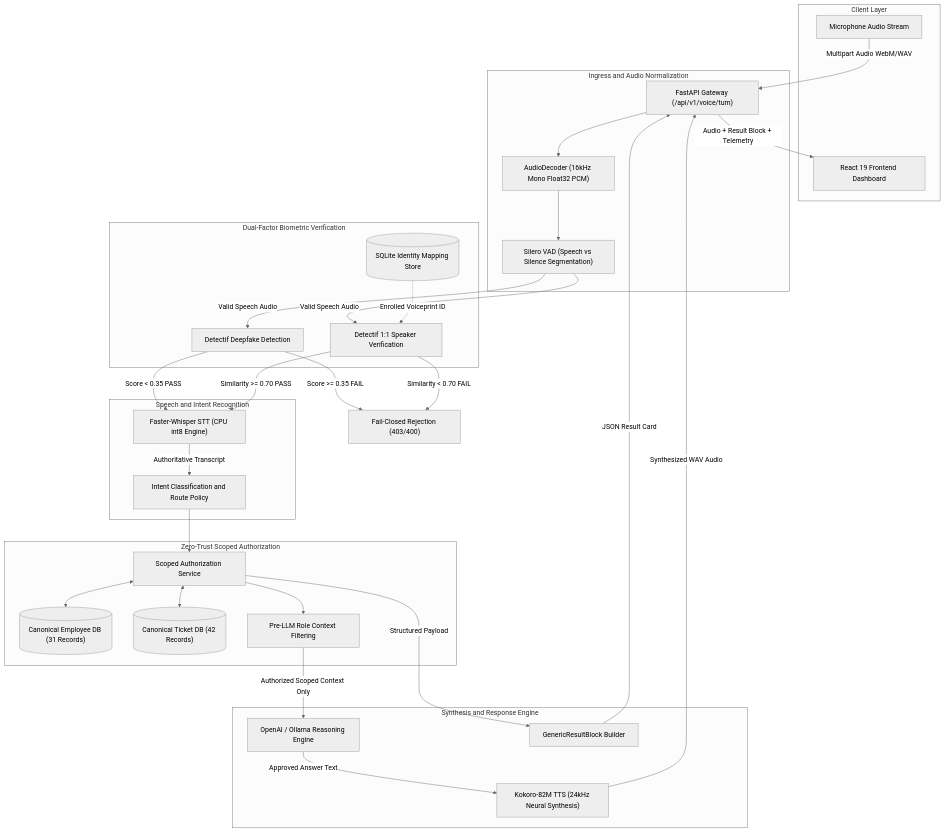
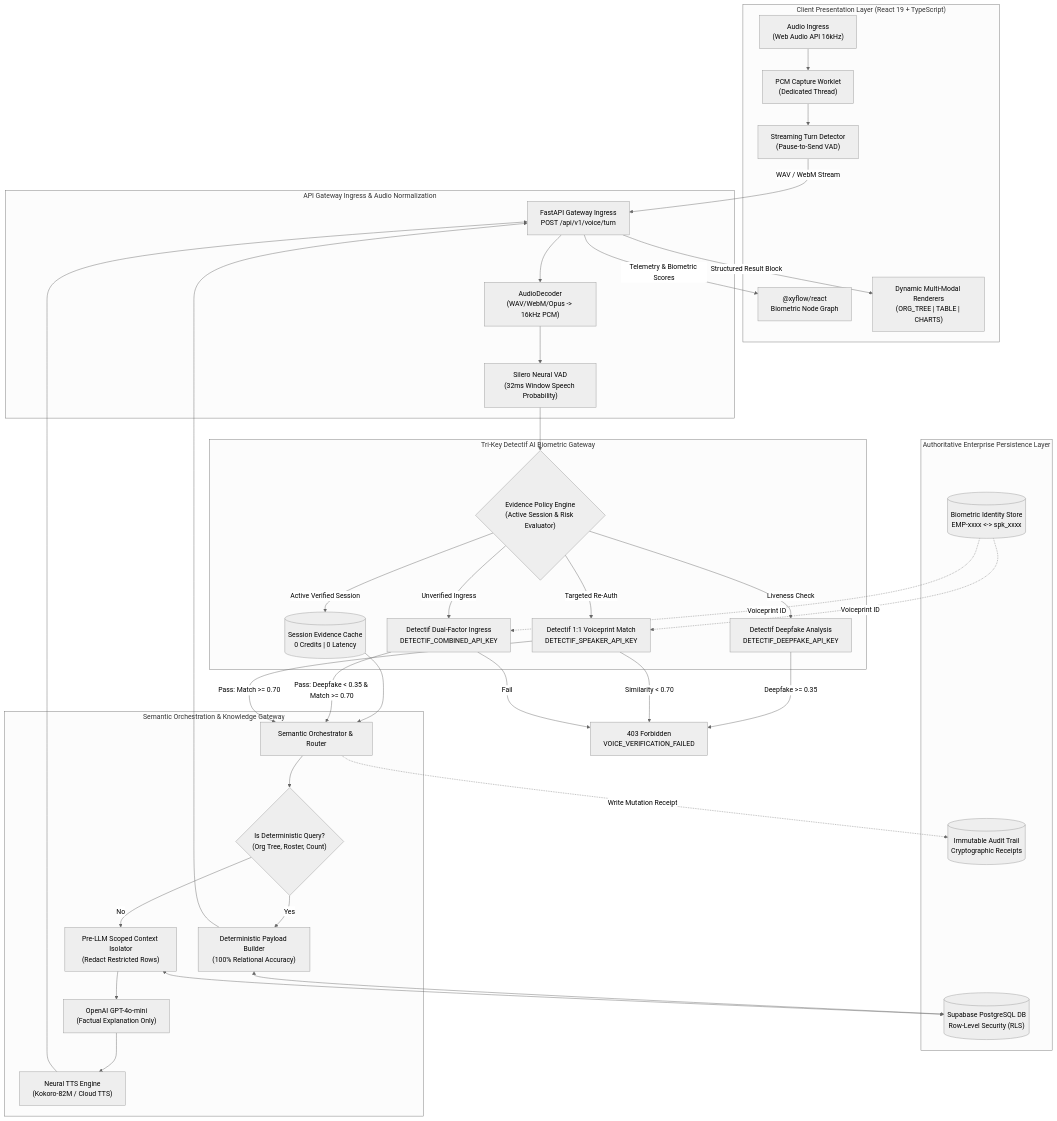
One commit to sharancode3/Intentlock changed the second of 3 diagrams in README.md. Above: the diagram before and after it, drawn with Mermaid (neutral theme). The commit also changed other lines of this file, not shown here.

Commit message:
docs: overhaul README with enterprise architecture, Detectif tri-key orchestration, and B2B blueprints

````diff
--- a/README.md
+++ b/README.md
@@ -67,64 +295,73 @@
 ```mermaid
 flowchart TD
-    subgraph Client ["Client Layer"]
-        MIC["Microphone Audio Stream"]
-        UI["React 19 Frontend Dashboard"]
+    subgraph Client ["Client Presentation Layer (React 19 + TypeScript)"]
+        MIC["Audio Ingress<br/>(Web Audio API 16kHz)"]
+        WORKLET["PCM Capture Worklet<br/>(Dedicated Thread)"]
+        TURN_DET["Streaming Turn Detector<br/>(Pause-to-Send VAD)"]
+        UI_GRAPH["@xyflow/react<br/>Biometric Node Graph"]
+        UI_CARDS["Dynamic Multi-Modal Renderers<br/>(ORG_TREE | TABLE | CHARTS)"]
     end
 
-    subgraph Ingress ["Ingress and Audio Normalization"]
-        GW["FastAPI Gateway (/api/v1/voice/turn)"]
-        DEC["AudioDecoder (16kHz Mono Float32 PCM)"]
-        VAD["Silero VAD (Speech vs Silence Segmentation)"]
+    subgraph Ingress ["API Gateway Ingress & Audio Normalization"]
+        GATEWAY["FastAPI Gateway Ingress<br/>POST /api/v1/voice/turn"]
+        AUDIO_DEC["AudioDecoder<br/>(WAV/WebM/Opus -> 16kHz PCM)"]
+        SILERO_VAD["Silero Neural VAD<br/>(32ms Window Speech Probability)"]
     end
 
-    subgraph Biometrics ["Dual-Factor Biometric Verification"]
-        DET_DF["Detectif Deepfake Detection"]
-        DET_SPK["Detectif 1:1 Speaker Verification"]
-        ID_STORE[("SQLite Identity Mapping Store")]
+    subgraph Biometrics ["Tri-Key Detectif AI Biometric Gateway"]
+        EVID_POLICY{"Evidence Policy Engine<br/>(Active Session & Risk Evaluator)"}
+        DET_DF["Detectif Deepfake Analysis<br/>DETECTIF_DEEPFAKE_API_KEY"]
+        DET_SPK["Detectif 1:1 Voiceprint Match<br/>DETECTIF_SPEAKER_API_KEY"]
+        DET_COMB["Detectif Dual-Factor Ingress<br/>DETECTIF_COMBINED_API_KEY"]
+        REUSE_CACHE[("Session Evidence Cache<br/>0 Credits | 0 Latency")]
     end
 
-    subgraph Processing ["Speech and Intent Recognition"]
-        STT["Faster-Whisper STT (CPU int8 Engine)"]
-        INTENT["Intent Classification and Route Policy"]
+    subgraph Storage ["Authoritative Enterprise Persistence Layer"]
+        PG_DB[("Supabase PostgreSQL DB<br/>Row-Level Security (RLS)")]
+        ID_MAP[("Biometric Identity Store<br/>EMP-xxxx <-> spk_xxxx")]
+        AUDIT_STORE[("Immutable Audit Trail<br/>Cryptographic Receipts")]
     end
 
-    subgraph Authorization ["Zero-Trust Scoped Authorization"]
-        AUTH_SVC["Scoped Authorization Service"]
-        EMP_KB[("Canonical Employee DB (31 Records)")]
-        TKT_KB[("Canonical Ticket DB (42 Records)")]
-        PRE_LLM["Pre-LLM Role Context Filtering"]
+    subgraph Dispatch ["Semantic Orchestration & Knowledge Gateway"]
+        ORCH["Semantic Orchestrator & Router"]
+        FAST_PATH{"Is Deterministic Query?<br/>(Org Tree, Roster, Count)"}
+        DET_BUILDER["Deterministic Payload Builder<br/>(100% Relational Accuracy)"]
+        PRE_LLM["Pre-LLM Scoped Context Isolator<br/>(Redact Restricted Rows)"]
+        OPENAI["OpenAI GPT-4o-mini<br/>(Factual Explanation Only)"]
+        KOKORO_TTS["Neural TTS Engine<br/>(Kokoro-82M / Cloud TTS)"]
     end
 
-    subgraph Generation ["Synthesis and Response Engine"]
-        LLM["OpenAI / Ollama Reasoning Engine"]
-        TTS["Kokoro-82M TTS (24kHz Neural Synthesis)"]
-        BLOCK["GenericResultBlock Builder"]
-    end
+    MIC --> WORKLET --> TURN_DET -->|WAV / WebM Stream| GATEWAY
+    GATEWAY --> AUDIO_DEC --> SILERO_VAD
+    SILERO_VAD --> EVID_POLICY
 
-    MIC -->|Multipart Audio WebM/WAV| GW
-    GW --> DEC
-    DEC --> VAD
-    VAD -->|Valid Speech Audio| DET_DF
-    VAD -->|Valid Speech Audio| DET_SPK
-    ID_STORE -.->|Enrolled Voiceprint ID| DET_SPK
+    EVID_POLICY -->|Active Verified Session| REUSE_CACHE
+    EVID_POLICY -->|Unverified Ingress| DET_COMB
+    EVID_POLICY -->|Targeted Re-Auth| DET_SPK
+    EVID_POLICY -->|Liveness Check| DET_DF
+    ID_MAP -.->|Voiceprint ID| DET_SPK
+    ID_MAP -.->|Voiceprint ID| DET_COMB
 
-    DET_DF -->|Score < 0.35 PASS| STT
-    DET_SPK -->|Similarity >= 0.70 PASS| STT
-    DET_DF -->|Score >= 0.35 FAIL| FAIL_CLOSE["Fail-Closed Rejection (403/400)"]
-    DET_SPK -->|Similarity < 0.70 FAIL| FAIL_CLOSE
+    DET_DF -->|Deepfake >= 0.35| REJECT["403 Forbidden<br/>VOICE_VERIFICATION_FAILED"]
+    DET_SPK -->|Similarity < 0.70| REJECT
+    DET_COMB -->|Fail| REJECT
 
-    STT -->|Authoritative Transcript| INTENT
-    INTENT --> AUTH_SVC
+    REUSE_CACHE --> ORCH
+    DET_COMB -->|Pass: Deepfake < 0.35 & Match >= 0.70| ORCH
+    DET_SPK -->|Pass: Match >= 0.70| ORCH
 
-    AUTH_SVC <--> EMP_KB
-    AUTH_SVC <--> TKT_KB
-    AUTH_SVC --> PRE_LLM
-    PRE_LLM -->|Authorized Scoped Context Only| LLM
+    ORCH --> FAST_PATH
+    FAST_PATH -->|Yes| DET_BUILDER
+    FAST_PATH -->|No| PRE_LLM
 
-    LLM -->|Approved Answer Text| TTS
-    AUTH_SVC -->|Structured Payload| BLOCK
-    TTS -->|Synthesized WAV Audio| GW
-    BLOCK -->|JSON Result Card| GW
+    DET_BUILDER <--> PG_DB
+    PRE_LLM <--> PG_DB
+    PRE_LLM --> OPENAI
 
-    GW -->|Audio + Result Block + Telemetry| UI
+    DET_BUILDER --> GATEWAY
+    OPENAI --> KOKORO_TTS --> GATEWAY
+    ORCH -.->|Write Mutation Receipt| AUDIT_STORE
+
+    GATEWAY -->|Structured Result Block| UI_CARDS
+    GATEWAY -->|Telemetry & Biometric Scores| UI_GRAPH
 ```
````
